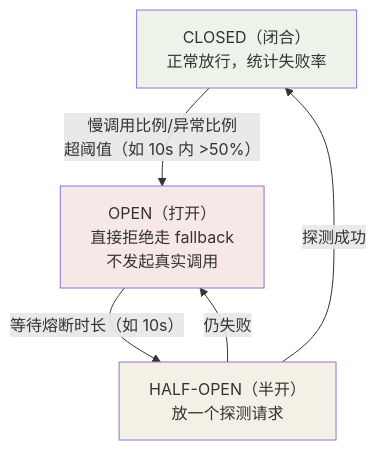
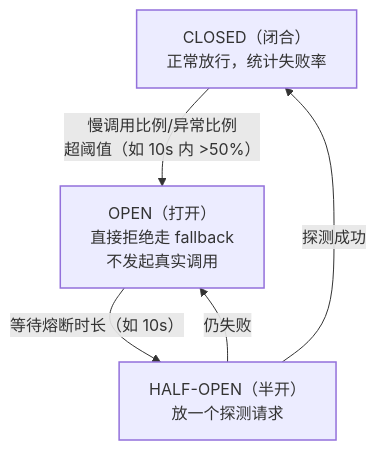
The second of 4 diagrams in src/content/docs/java/advanced/springcloud/05-sentinel.md (Loadhao/ascension), drawn with Mermaid before and after one commit. The commit also changed other lines of this file and 87 other files, not shown here.

First line of the commit message:
fix: 全站图表配色改由主题接管，修复暗色主题下浅底浅字看不清

````diff
--- a/src/content/docs/java/advanced/springcloud/05-sentinel.md
+++ b/src/content/docs/java/advanced/springcloud/05-sentinel.md
@@ -29,11 +30,14 @@
 ```mermaid
 flowchart TB
     C["CLOSED（闭合）<br/>正常放行，统计失败率"] -->|"慢调用比例/异常比例<br/>超阈值（如 10s 内 >50%）"| O["OPEN（打开）<br/>直接拒绝走 fallback<br/>不发起真实调用"]
     O -->|"等待熔断时长（如 10s）"| H["HALF-OPEN（半开）<br/>放一个探测请求"]
     H -->|探测成功| C
     H -->|"仍失败"| O
 
-    style C fill:#eef3ea
-    style O fill:#f7e8e8
-    style H fill:#f5f0e6
+    class C good
+    class O bad
+    class H hl
+    classDef good stroke-width:1.5px
+    classDef bad stroke-width:1.5px
+    classDef hl stroke-width:1.5px
 ```
````
